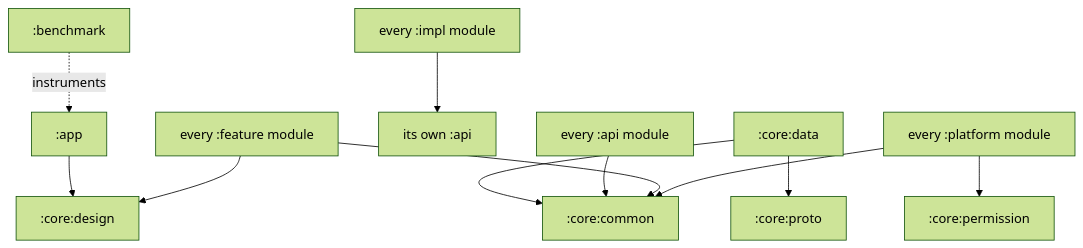
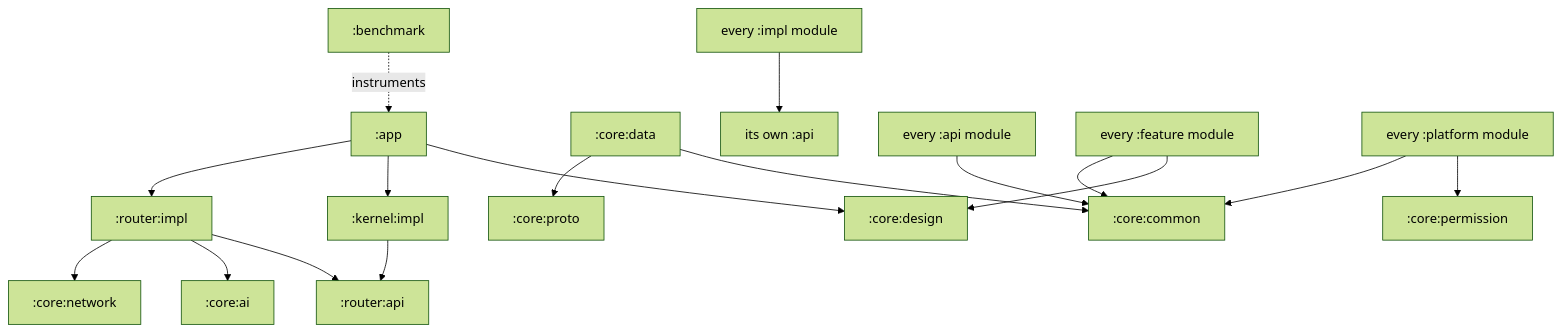
Before and after one commit to abdulloh042006-debug/NEXA: the diagram in nexa-android/docs/MODULE_GRAPH.md, drawn with Mermaid (forest theme). The commit also changed other lines of this file and 2 other files, not shown here.

Commit message:
docs: define Phase 2 kernel routing contracts

````diff
--- a/nexa-android/docs/MODULE_GRAPH.md
+++ b/nexa-android/docs/MODULE_GRAPH.md
@@ -34,13 +34,19 @@
 ```mermaid
 graph TD
     APP[":app"] --> DESIGN[":core:design"]
+    APP --> KERNEL_IMPL[":kernel:impl"]
+    APP --> ROUTER_IMPL[":router:impl"]
+    KERNEL_IMPL --> ROUTER_API[":router:api"]
+    ROUTER_IMPL --> ROUTER_API
+    ROUTER_IMPL --> AI[":core:ai"]
+    ROUTER_IMPL --> NETWORK[":core:network"]
     DATA[":core:data"] --> COMMON[":core:common"]
     DATA --> PROTO[":core:proto"]
     IMPLS["every :impl module"] --> OWNAPI["its own :api"]
     APIS["every :api module"] --> COMMON
     FEATS["every :feature module"] --> DESIGN
     FEATS --> COMMON
     PLATS["every :platform module"] --> PERM[":core:permission"]
     PLATS --> COMMON
     BENCH[":benchmark"] -. instruments .-> APP
 ```
````
